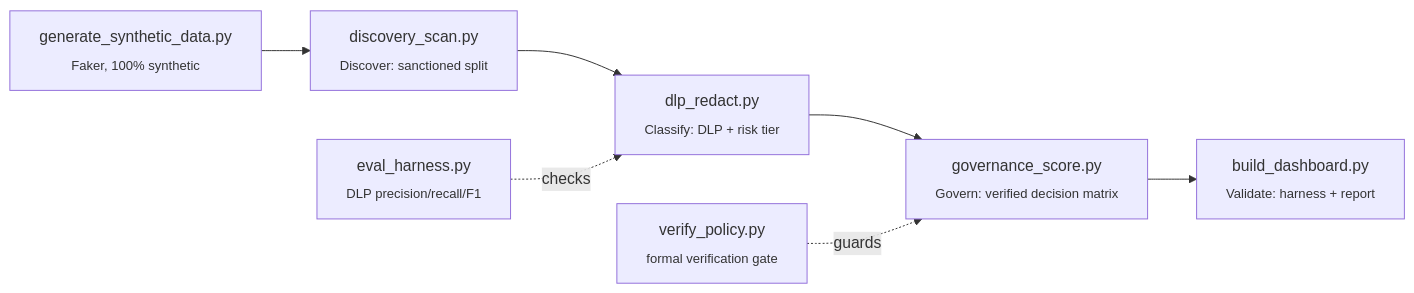
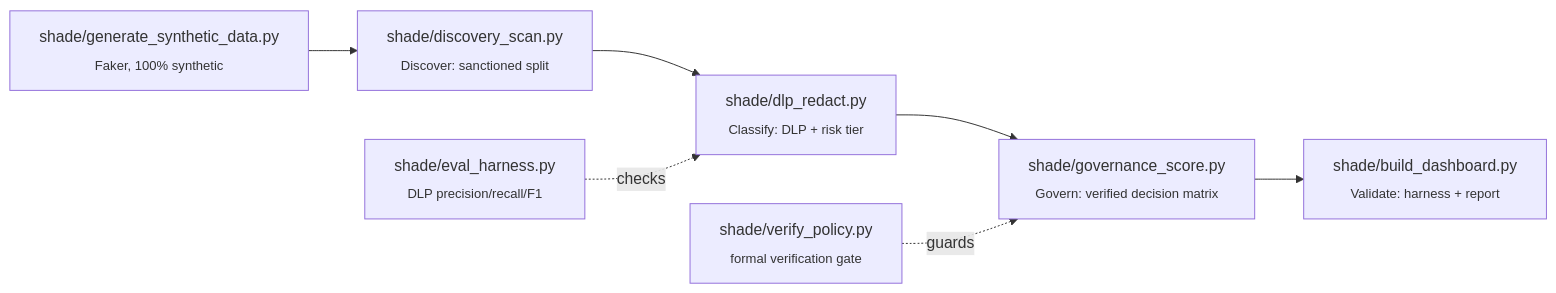
Before and after one commit to Zartharas/SHADE: the diagram in README.md, drawn with Mermaid. The commit also changed other lines of this file and 24 other files, not shown here.

````diff
--- a/README.md
+++ b/README.md
@@ -29,9 +29,9 @@
 ```mermaid
 flowchart LR
-    A[generate_synthetic_data.py<br/><sub>Faker, 100% synthetic</sub>] --> B[discovery_scan.py<br/><sub>Discover: sanctioned split</sub>]
-    B --> C[dlp_redact.py<br/><sub>Classify: DLP + risk tier</sub>]
-    C --> D[governance_score.py<br/><sub>Govern: verified decision matrix</sub>]
-    D --> E[build_dashboard.py<br/><sub>Validate: harness + report</sub>]
-    F[verify_policy.py<br/><sub>formal verification gate</sub>] -.guards.-> D
-    G[eval_harness.py<br/><sub>DLP precision/recall/F1</sub>] -.checks.-> C
+    A[shade/generate_synthetic_data.py<br/><sub>Faker, 100% synthetic</sub>] --> B[shade/discovery_scan.py<br/><sub>Discover: sanctioned split</sub>]
+    B --> C[shade/dlp_redact.py<br/><sub>Classify: DLP + risk tier</sub>]
+    C --> D[shade/governance_score.py<br/><sub>Govern: verified decision matrix</sub>]
+    D --> E[shade/build_dashboard.py<br/><sub>Validate: harness + report</sub>]
+    F[shade/verify_policy.py<br/><sub>formal verification gate</sub>] -.guards.-> D
+    G[shade/eval_harness.py<br/><sub>DLP precision/recall/F1</sub>] -.checks.-> C
 ```
````
